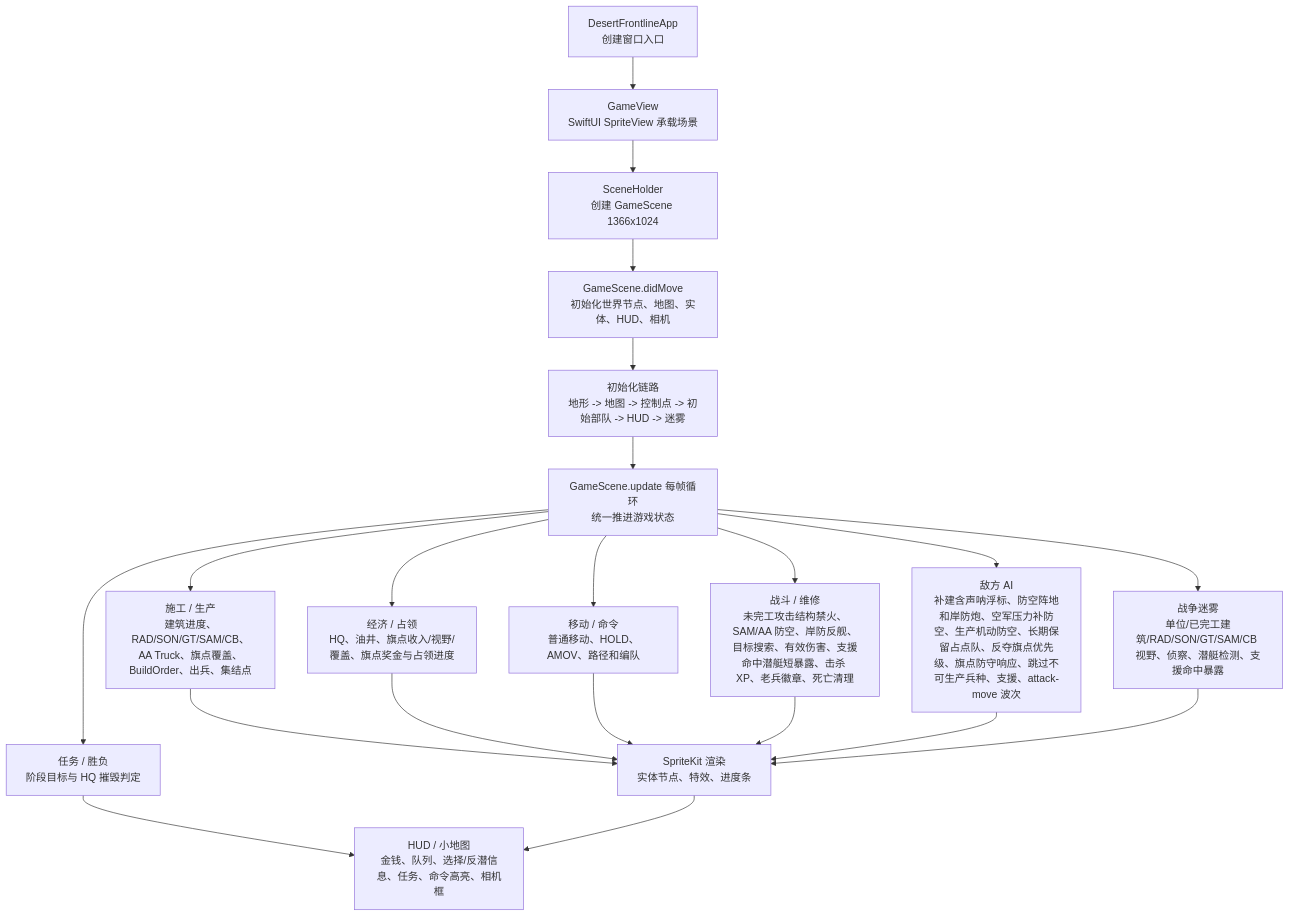
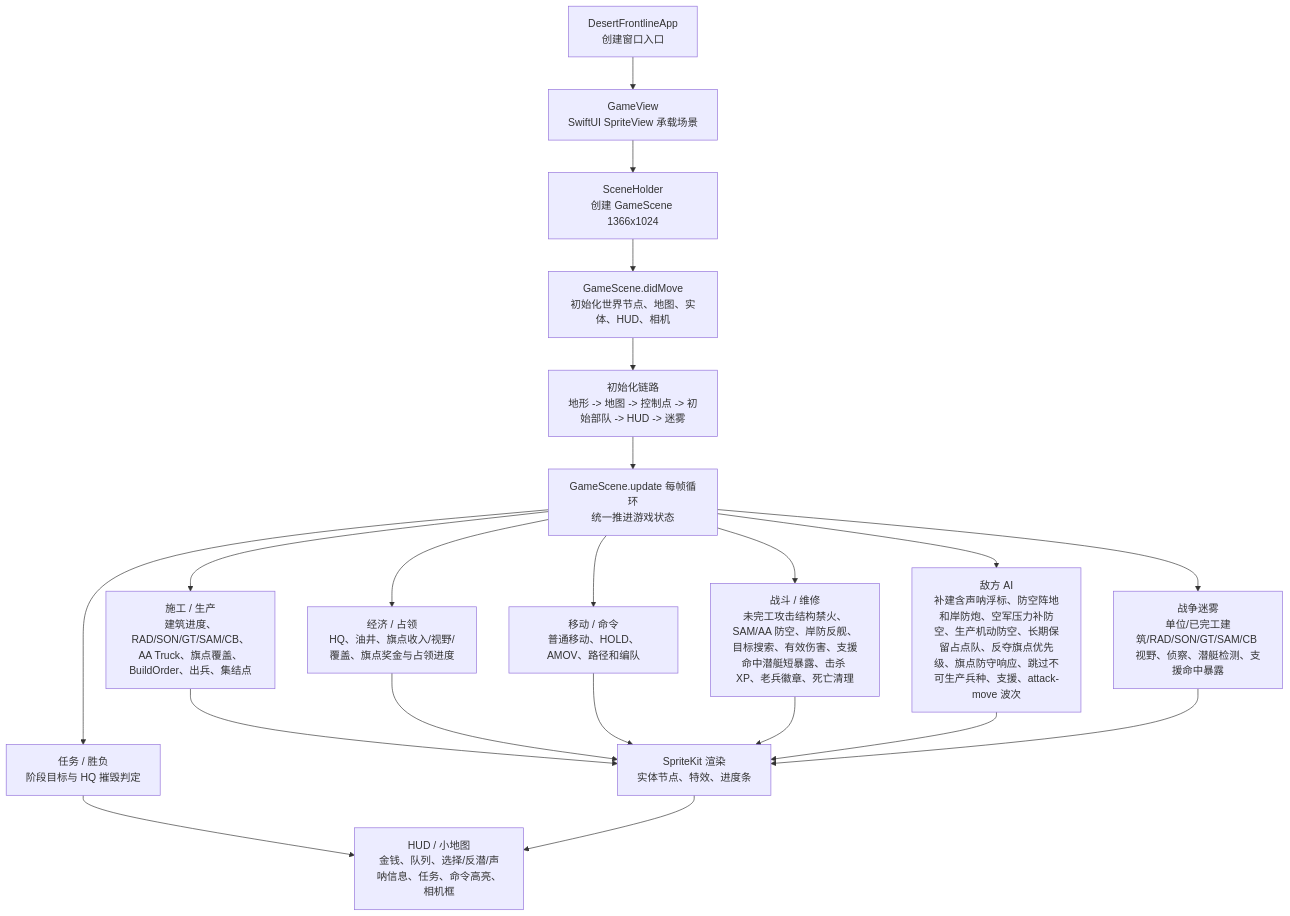
One commit to Altman-sam114/1145 changed the first of 3 diagrams in md/flow/flowchart.md. Above: the diagram before and after it, drawn with Mermaid. The commit also changed 4 other files, not shown here.

````diff
--- a/md/flow/flowchart.md
+++ b/md/flow/flowchart.md
@@ -9,23 +9,23 @@
 ```mermaid
 flowchart TD
   App["DesertFrontlineApp\n创建窗口入口"] --> View["GameView\nSwiftUI SpriteView 承载场景"]
   View --> Holder["SceneHolder\n创建 GameScene 1366x1024"]
   Holder --> Scene["GameScene.didMove\n初始化世界节点、地图、实体、HUD、相机"]
   Scene --> Init["初始化链路\n地形 -> 地图 -> 控制点 -> 初始部队 -> HUD -> 迷雾"]
   Init --> Loop["GameScene.update 每帧循环\n统一推进游戏状态"]
   Loop --> Build["施工 / 生产\n建筑进度、RAD/SON/GT/SAM/CB、AA Truck、旗点覆盖、BuildOrder、出兵、集结点"]
   Loop --> Economy["经济 / 占领\nHQ、油井、旗点收入/视野/覆盖、旗点奖金与占领进度"]
   Loop --> Commands["移动 / 命令\n普通移动、HOLD、AMOV、路径和编队"]
   Loop --> Combat["战斗 / 维修\n未完工攻击结构禁火、SAM/AA 防空、岸防反舰、目标搜索、有效伤害、支援命中潜艇短暴露、击杀 XP、老兵徽章、死亡清理"]
   Loop --> AI["敌方 AI\n补建含声呐浮标、防空阵地和岸防炮、空军压力补防空、生产机动防空、长期保留占点队、反夺旗点优先级、旗点防守响应、跳过不可生产兵种、支援、attack-move 波次"]
   Loop --> Fog["战争迷雾\n单位/已完工建筑/RAD/SON/GT/SAM/CB 视野、侦察、潜艇检测、支援命中暴露"]
   Loop --> Mission["任务 / 胜负\n阶段目标与 HQ 摧毁判定"]
   Build --> Render["SpriteKit 渲染\n实体节点、特效、进度条"]
   Economy --> Render
   Commands --> Render
   Combat --> Render
   AI --> Render
   Fog --> Render
-  Mission --> HUD["HUD / 小地图\n金钱、队列、选择/反潜信息、任务、命令高亮、相机框"]
+  Mission --> HUD["HUD / 小地图\n金钱、队列、选择/反潜/声呐信息、任务、命令高亮、相机框"]
   Render --> HUD
 ```
````
